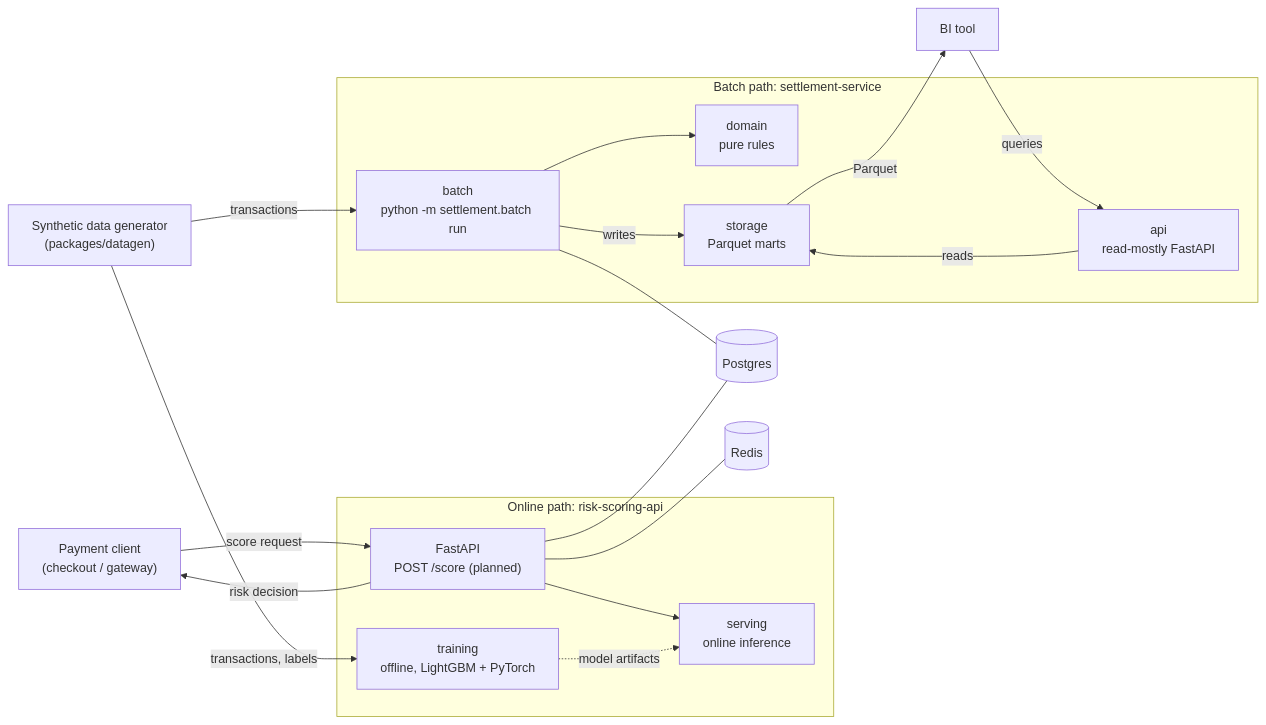
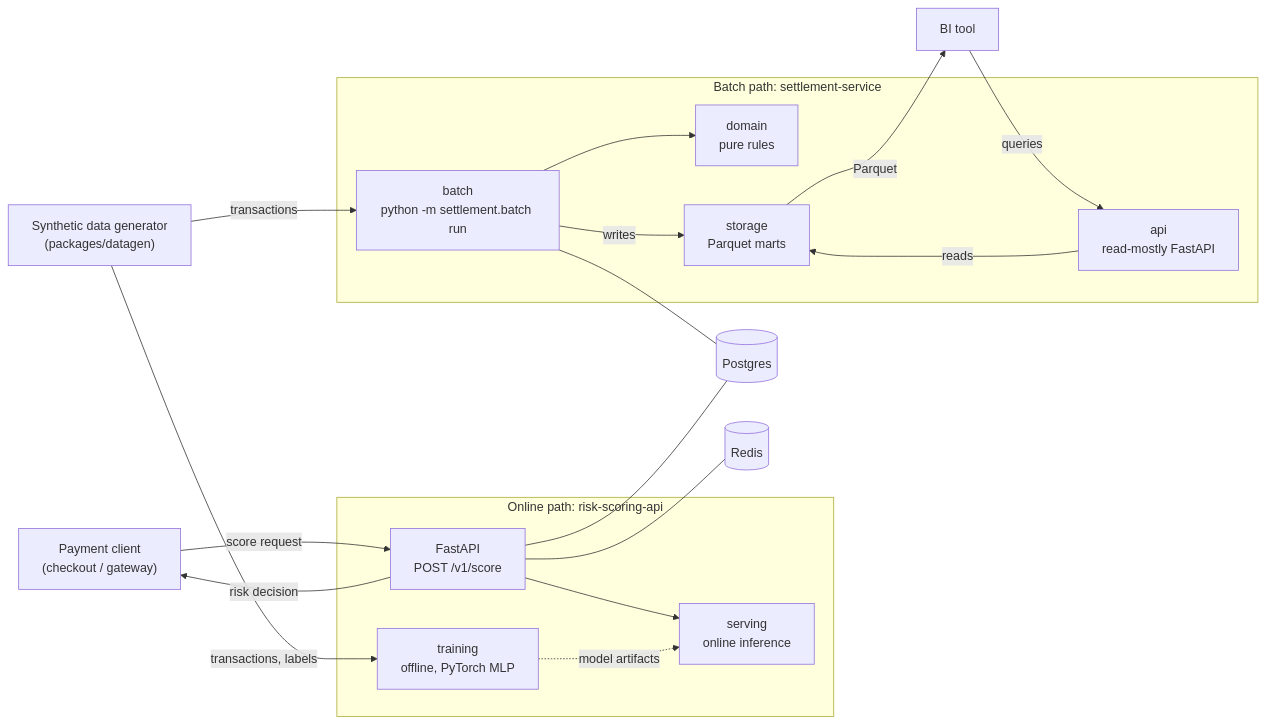
Before and after one commit to bdnog/payments-ml-data-lab: the diagram in docs/architecture.md, drawn with Mermaid. The commit also changed other lines of this file and 6 other files, not shown here.

Commit message:
docs: add risk-scoring guide, ADRs 0007-0009, update README, architecture and ADR 0004

````diff
--- a/docs/architecture.md
+++ b/docs/architecture.md
@@ -15,37 +16,37 @@
 ```mermaid
 flowchart LR
     gen["Synthetic data generator<br/>(packages/datagen)"]
     client["Payment client<br/>(checkout / gateway)"]
     bi["BI tool"]
 
     subgraph online["Online path: risk-scoring-api"]
-        risk["FastAPI<br/>POST /score (planned)"]
+        risk["FastAPI<br/>POST /v1/score"]
         serving["serving<br/>online inference"]
-        training["training<br/>offline, LightGBM + PyTorch"]
+        training["training<br/>offline, PyTorch MLP"]
         risk --> serving
         training -.->|model artifacts| serving
     end
 
     subgraph batch["Batch path: settlement-service"]
         job["batch<br/>python -m settlement.batch run"]
         domain["domain<br/>pure rules"]
         store["storage<br/>Parquet marts"]
         sapi["api<br/>read-mostly FastAPI"]
         job --> domain
         job -->|writes| store
         sapi -->|reads| store
     end
 
     pg[("Postgres")]
     rd[("Redis")]
 
     gen -->|transactions, labels| training
     gen -->|transactions| job
     client -->|score request| risk
     risk -->|risk decision| client
     risk --- rd
     risk --- pg
     job --- pg
     store -->|Parquet| bi
     bi -->|queries| sapi
 ```
````
